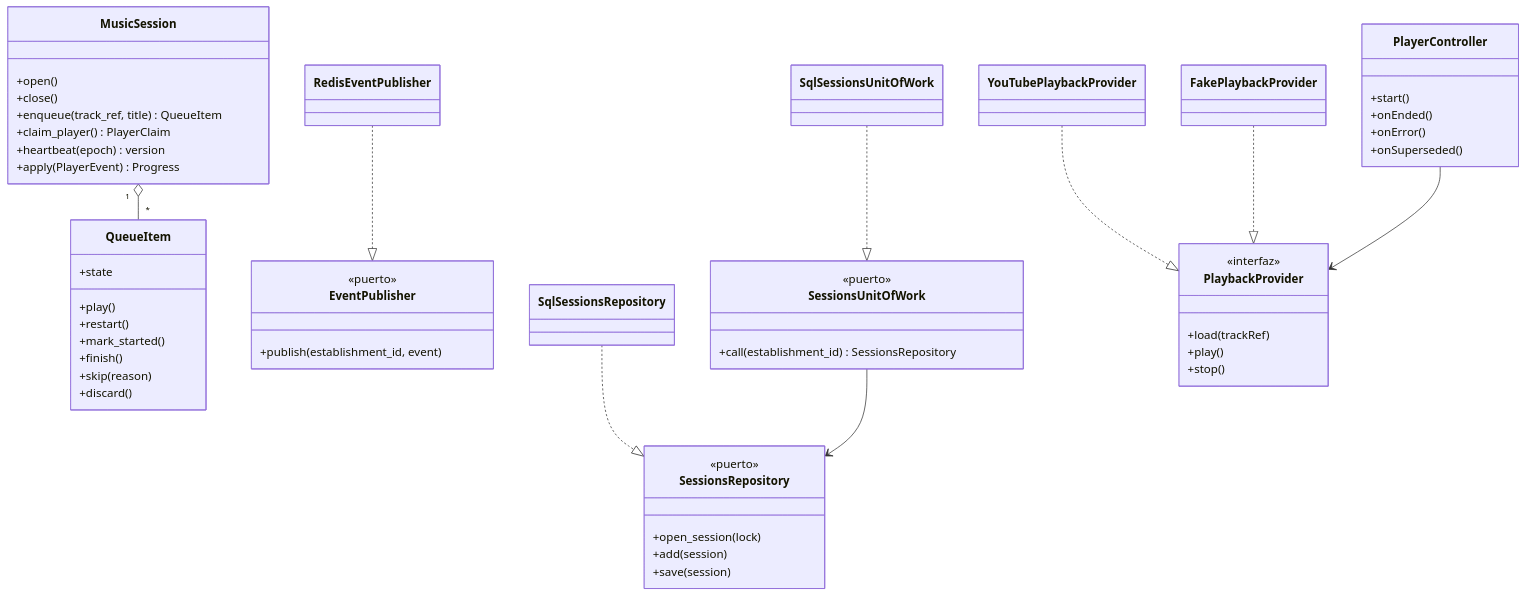
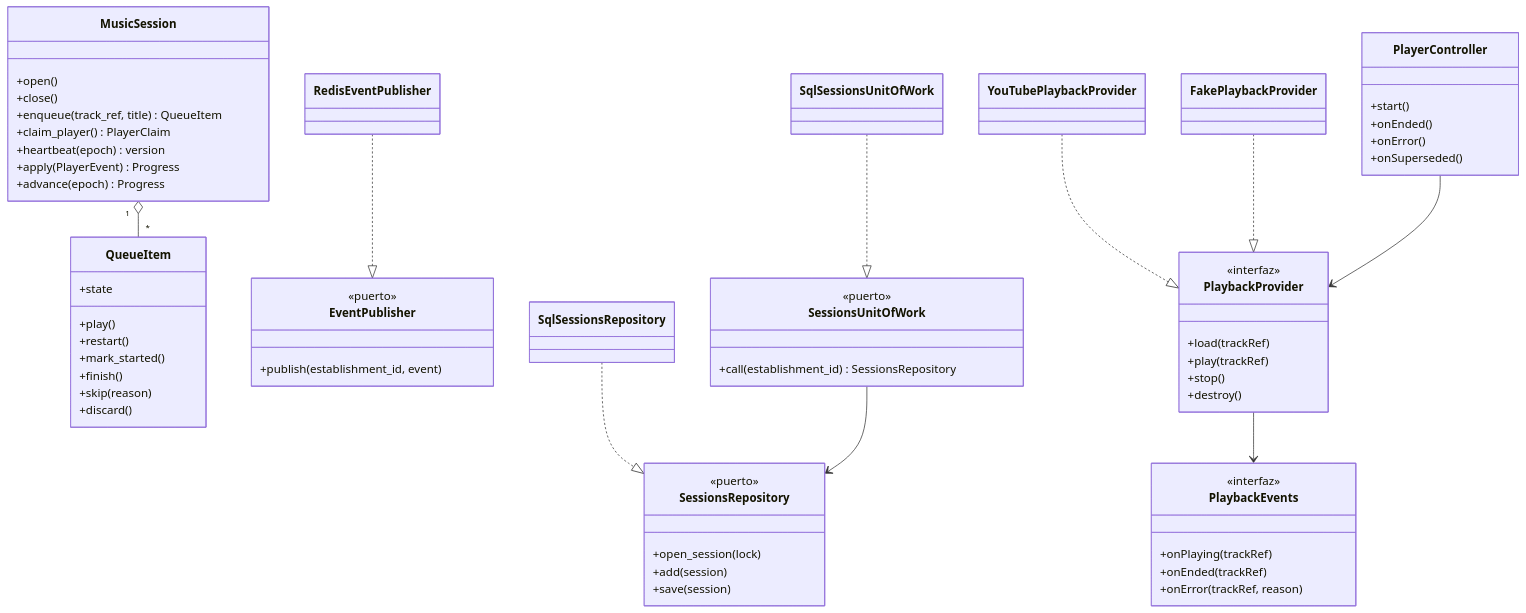
The third of 3 diagrams in specs/002-sesion-musica-reproductor-local/plan.md (esilval/my-playlist), drawn with Mermaid before and after one commit. The commit also changed other lines of this file and 33 other files, not shown here.

````diff
--- a/specs/002-sesion-musica-reproductor-local/plan.md
+++ b/specs/002-sesion-musica-reproductor-local/plan.md
@@ -358,59 +372,68 @@
 ```mermaid
 classDiagram
   class MusicSession {
     +open()
     +close()
     +enqueue(track_ref, title) QueueItem
     +claim_player() PlayerClaim
     +heartbeat(epoch) version
     +apply(PlayerEvent) Progress
+    +advance(epoch) Progress
   }
   class QueueItem {
     +state
     +play()
     +restart()
     +mark_started()
     +finish()
     +skip(reason)
     +discard()
   }
   class EventPublisher {
     <<puerto>>
     +publish(establishment_id, event)
   }
   class RedisEventPublisher
   class SessionsUnitOfWork {
     <<puerto>>
     +call(establishment_id) SessionsRepository
   }
   class SessionsRepository {
     <<puerto>>
     +open_session(lock)
     +add(session)
     +save(session)
   }
   class SqlSessionsUnitOfWork
   class SqlSessionsRepository
   class PlayerController {
     +start()
     +onEnded()
     +onError()
     +onSuperseded()
   }
   class PlaybackProvider {
     <<interfaz>>
     +load(trackRef)
-    +play()
+    +play(trackRef)
     +stop()
+    +destroy()
+  }
+  class PlaybackEvents {
+    <<interfaz>>
+    +onPlaying(trackRef)
+    +onEnded(trackRef)
+    +onError(trackRef, reason)
   }
   class YouTubePlaybackProvider
   class FakePlaybackProvider
   MusicSession "1" o-- "*" QueueItem
   RedisEventPublisher ..|> EventPublisher
   SqlSessionsUnitOfWork ..|> SessionsUnitOfWork
   SqlSessionsRepository ..|> SessionsRepository
   SessionsUnitOfWork --> SessionsRepository
   YouTubePlaybackProvider ..|> PlaybackProvider
   FakePlaybackProvider ..|> PlaybackProvider
   PlayerController --> PlaybackProvider
+  PlaybackProvider --> PlaybackEvents
 ```
````
